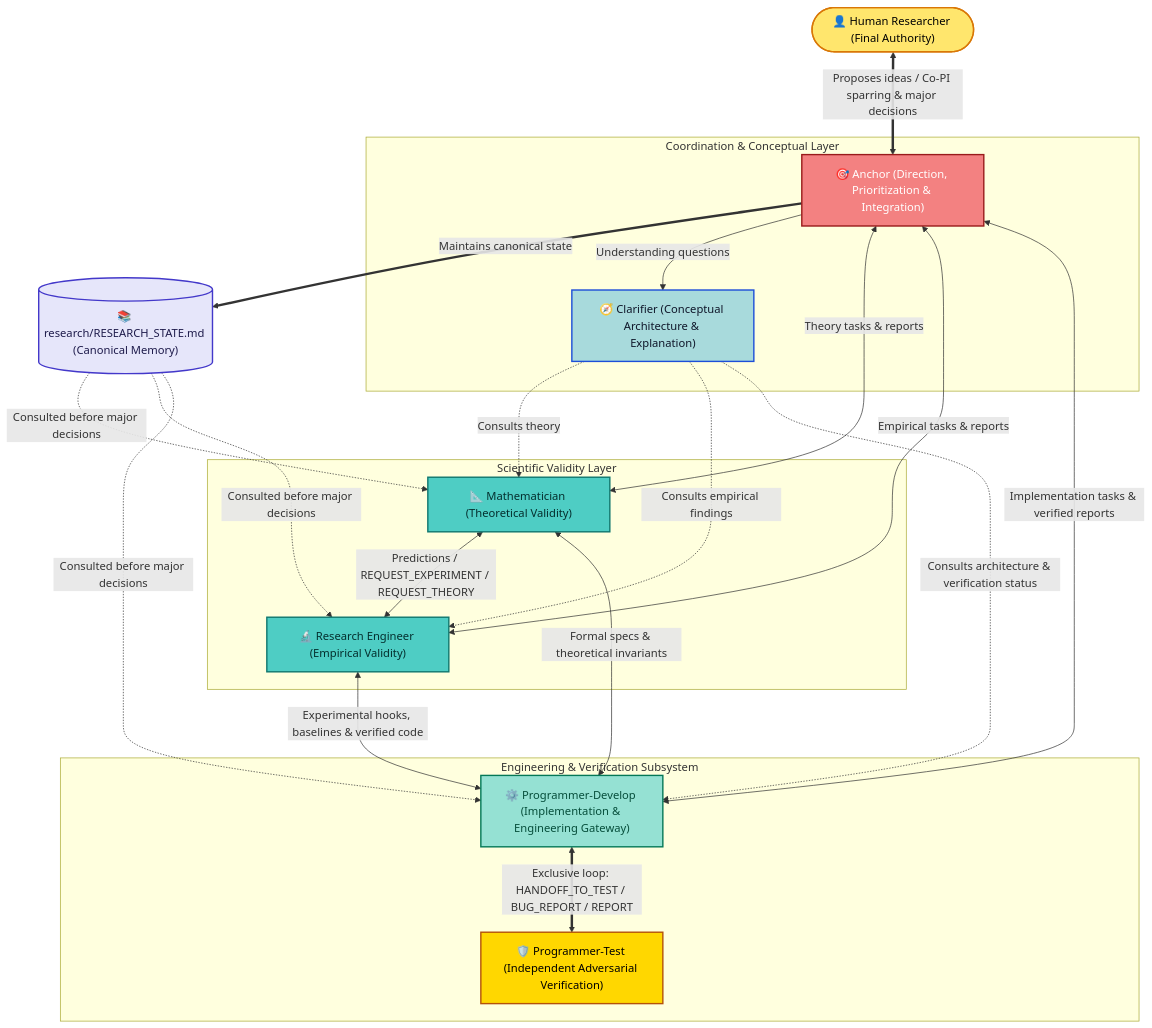
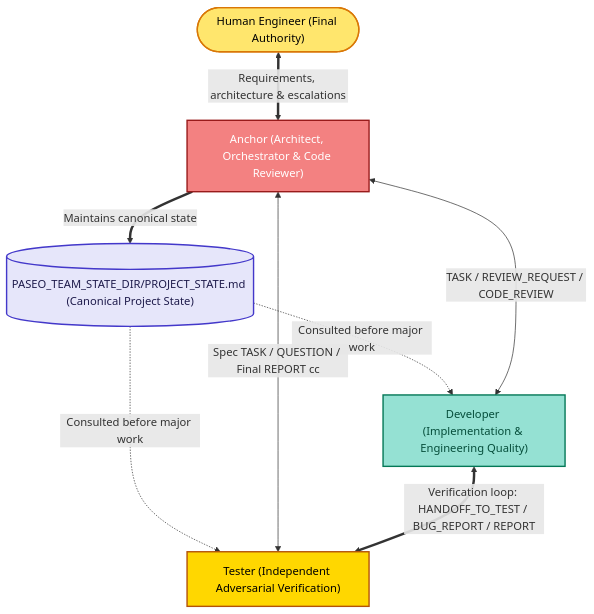
The first of 2 diagrams in README.md (Shaun-Z/MA-SDE-Framework), drawn with Mermaid before and after one commit. The commit also changed other lines of this file and 17 other files, not shown here.

````diff
--- a/README.md
+++ b/README.md
@@ -30,56 +27,30 @@
 ```mermaid
 flowchart TD
-    Human(["👤 Human Researcher (Final Authority)"])
-    State[("📚 research/RESEARCH_STATE.md (Canonical Memory)")]
+    Human(["Human Engineer (Final Authority)"])
+    State[("PASEO_TEAM_STATE_DIR/PROJECT_STATE.md (Canonical Project State)")]
 
-    subgraph Coordination["Coordination & Conceptual Layer"]
-        Anchor["🎯 Anchor (Direction, Prioritization & Integration)"]
-        Clarifier["🧭 Clarifier (Conceptual Architecture & Explanation)"]
-    end
+    Anchor["Anchor (Architect, Orchestrator & Code Reviewer)"]
+    Dev["Developer (Implementation & Engineering Quality)"]
+    Test["Tester (Independent Adversarial Verification)"]
 
-    subgraph ScienceLoop["Scientific Validity Layer"]
-        Math["📐 Mathematician (Theoretical Validity)"]
-        RE["🔬 Research Engineer (Empirical Validity)"]
-    end
+    Human <==>|"Requirements, architecture & escalations"| Anchor
+    Anchor ==>|"Maintains canonical state"| State
+    State -.->|"Consulted before major work"| Dev
+    State -.->|"Consulted before major work"| Test
 
-    subgraph EngineeringLoop["Engineering & Verification Subsystem"]
-        Dev["⚙️ Programmer-Develop (Implementation & Engineering Gateway)"]
-        Test["🛡️ Programmer-Test (Independent Adversarial Verification)"]
-    end
-
-    Human <==>|"Proposes ideas / Co-PI sparring & major decisions"| Anchor
-    Anchor ==>|"Maintains canonical state"| State
-    State -.->|"Consulted before major decisions"| Math
-    State -.->|"Consulted before major decisions"| RE
-    State -.->|"Consulted before major decisions"| Dev
-
-    Anchor -->|"Understanding questions"| Clarifier
-    Anchor <-->|"Theory tasks & reports"| Math
-    Anchor <-->|"Empirical tasks & reports"| RE
-    Anchor <-->|"Implementation tasks & verified reports"| Dev
-
-    Clarifier -.->|"Consults theory"| Math
-    Clarifier -.->|"Consults empirical findings"| RE
-    Clarifier -.->|"Consults architecture & verification status"| Dev
-
-    Math <-->|"Predictions / REQUEST_EXPERIMENT / REQUEST_THEORY"| RE
-    Math <-->|"Formal specs & theoretical invariants"| Dev
-    RE <-->|"Experimental hooks, baselines & verified code"| Dev
-    Dev <==>|"Exclusive loop: HANDOFF_TO_TEST / BUG_REPORT / REPORT"| Test
+    Anchor <-->|"TASK / REVIEW_REQUEST / CODE_REVIEW"| Dev
+    Anchor <-->|"Spec TASK / QUESTION / Final REPORT cc"| Test
+    Dev <==>|"Verification loop: HANDOFF_TO_TEST / BUG_REPORT / REPORT"| Test
 
     classDef human fill:#FFE66D,stroke:#D97706,stroke-width:2px,color:#000000
     classDef state fill:#E6E6FA,stroke:#4338CA,stroke-width:2px,color:#1E1B4B
-    classDef coord fill:#F38181,stroke:#991B1B,stroke-width:2px,color:#FFFFFF
-    classDef clarify fill:#A8DADC,stroke:#1D4ED8,stroke-width:2px,color:#0F172A
-    classDef science fill:#4ECDC4,stroke:#0F766E,stroke-width:2px,color:#042F2E
-    classDef eng fill:#95E1D3,stroke:#047857,stroke-width:2px,color:#064E3B
+    classDef anchor fill:#F38181,stroke:#991B1B,stroke-width:2px,color:#FFFFFF
+    classDef dev fill:#95E1D3,stroke:#047857,stroke-width:2px,color:#064E3B
     classDef test fill:#FFD700,stroke:#B45309,stroke-width:2px,color:#000000
 
     class Human human
     class State state
-    class Anchor coord
-    class Clarifier clarify
-    class Math,RE science
-    class Dev eng
+    class Anchor anchor
+    class Dev dev
     class Test test
 ```
````
